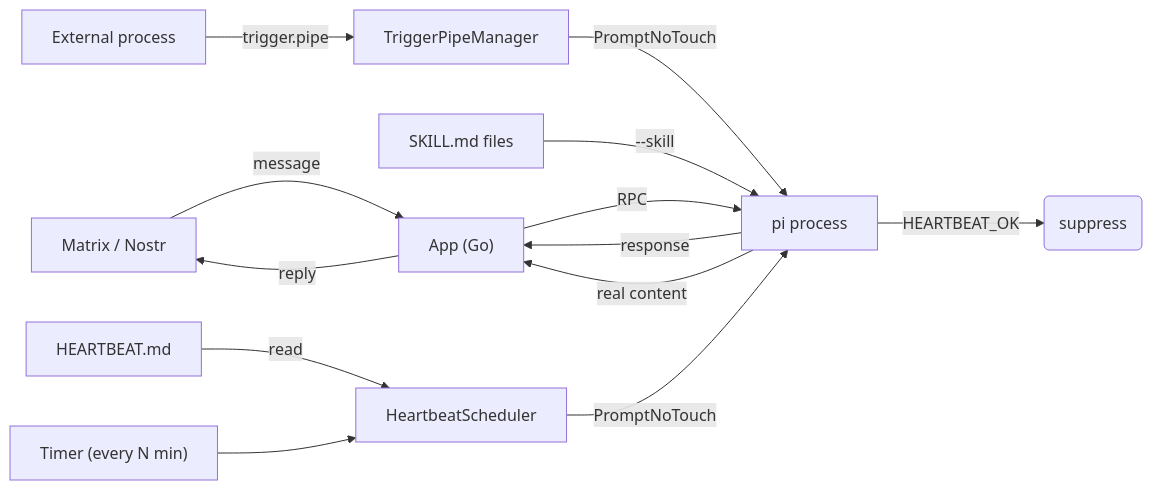
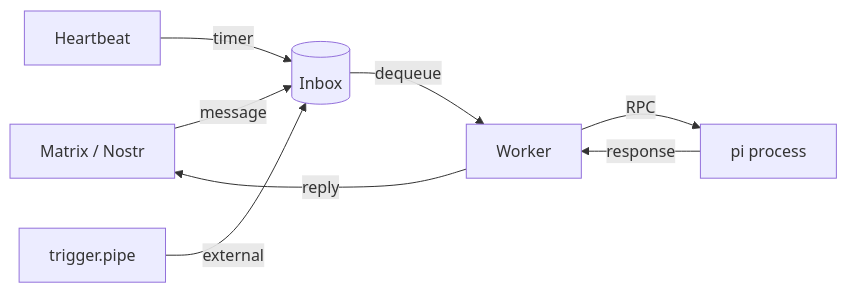
Before and after one commit to pkulak/opencrow: the diagram in README.md, drawn with Mermaid.

Commit message:
readme: update architecture diagram for inbox/worker model
The diagram still showed the old architecture with TriggerPipeManager
and direct PromptNoTouch calls to pi. All message sources now enqueue
into the shared inbox, and the single Worker drains it in priority
order.

````diff
--- a/README.md
+++ b/README.md
@@ -20,16 +20,8 @@
 ```mermaid
 graph LR
-    Transport[Matrix / Nostr] -->|message| App["App (Go)"]
-    App -->|RPC| Pi["pi process"]
-    Pi -->|response| App
-    App -->|reply| Transport
-
-    Skills["SKILL.md files"] -->|"--skill"| Pi
-    HB["HEARTBEAT.md"] -->|read| Sched[HeartbeatScheduler]
-    Timer["Timer (every N min)"] --> Sched
-    Ext["External process"] -->|"trigger.pipe"| TrigMgr[TriggerPipeManager]
-    TrigMgr -->|PromptNoTouch| Pi
-    Sched -->|PromptNoTouch| Pi
-    Pi -->|"HEARTBEAT_OK"| Suppress(suppress)
-    Pi -->|real content| App
+    Transport[Matrix / Nostr] -->|message| Inbox[(Inbox)]
+    Heartbeat -->|timer| Inbox
+    Trigger["trigger.pipe"] -->|external| Inbox
+    Inbox -->|dequeue| Worker -->|RPC| Pi["pi process"]
+    Pi -->|response| Worker -->|reply| Transport
 ```
````
